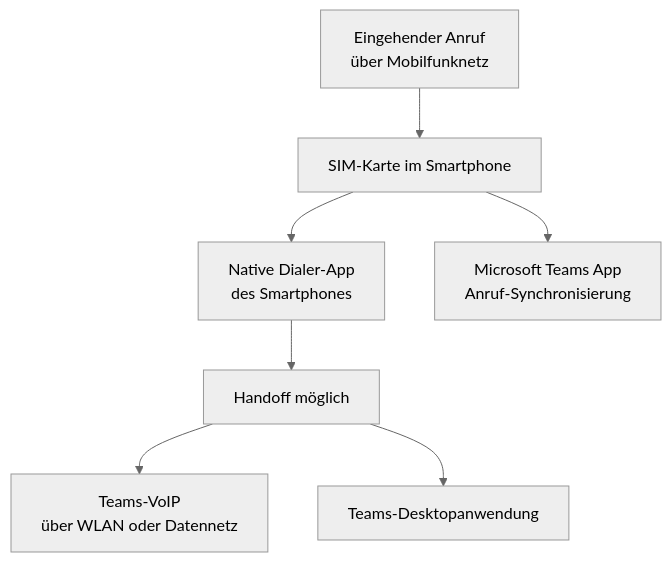
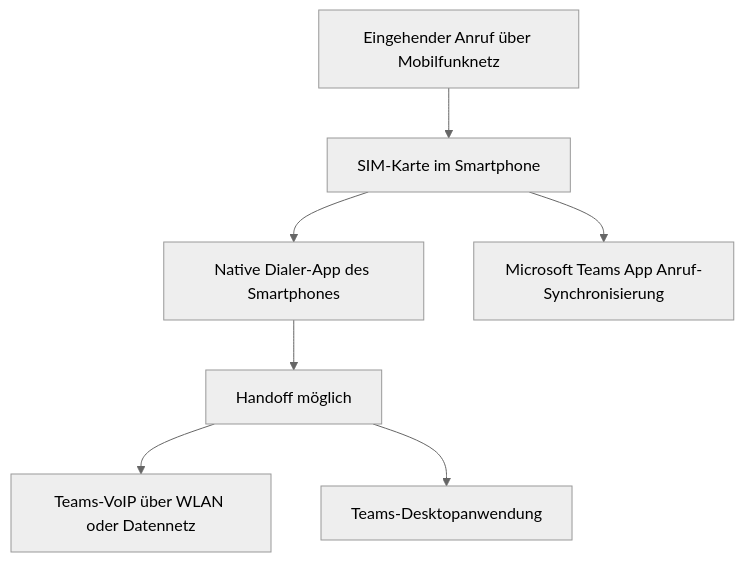
Before and after one commit to SoniiiT/notes-n-docs: the first of 2 diagrams in Microsoft 365/Teams/Teams Phone Mobile.md, drawn with Mermaid (neutral theme). The commit also changed other lines of this file and 124 other files, not shown here.

First line of the commit message:
fix: Entferne \n aus allen Mermaid-Diagrammen (125 Dateien)

````diff
--- a/Microsoft 365/Teams/Teams Phone Mobile.md
+++ b/Microsoft 365/Teams/Teams Phone Mobile.md
@@ -30,9 +30,9 @@
 ```mermaid
 graph TD
-    ANRUF[Eingehender Anruf\nüber Mobilfunknetz] --> SIM[SIM-Karte im Smartphone]
-    SIM --> NATIVE[Native Dialer-App\ndes Smartphones]
-    SIM --> TEAMS[Microsoft Teams App\nAnruf-Synchronisierung]
+    ANRUF[Eingehender Anruf über Mobilfunknetz] --> SIM[SIM-Karte im Smartphone]
+    SIM --> NATIVE[Native Dialer-App des Smartphones]
+    SIM --> TEAMS[Microsoft Teams App Anruf-Synchronisierung]
     NATIVE --> HANDOFF[Handoff möglich]
-    HANDOFF --> VOIP[Teams-VoIP\nüber WLAN oder Datennetz]
+    HANDOFF --> VOIP[Teams-VoIP über WLAN oder Datennetz]
     HANDOFF --> DESK[Teams-Desktopanwendung]
 ```
````
